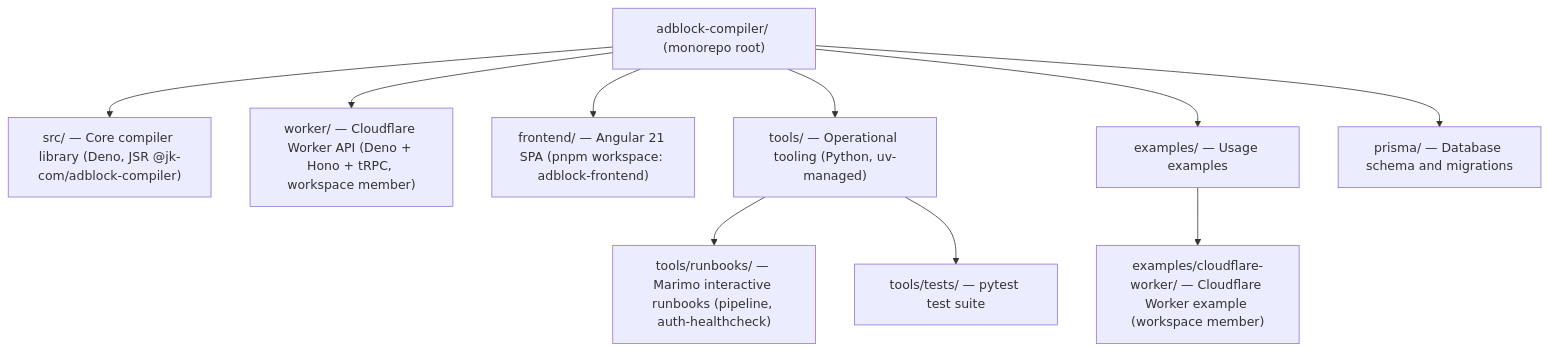
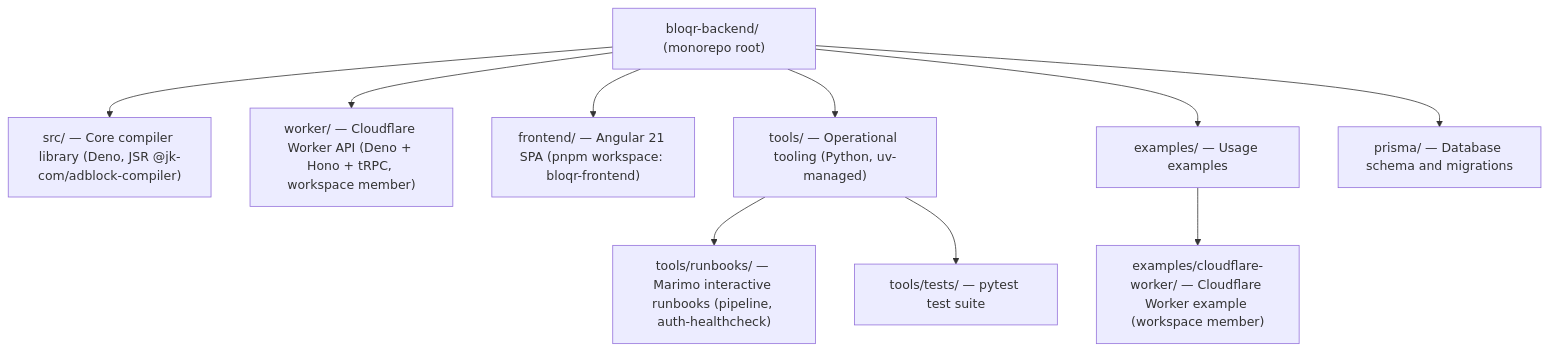
The diagram in MONOREPO.md (jaypatrick/adblock-compiler), drawn with Mermaid before and after one commit. The commit also changed other lines of this file and 252 other files, not shown here.

First line of the commit message:
chore: rename Cloudflare Worker names from adblock- to bloqr- (bloqr-compiler → bloqr-backend) (#1762)

````diff
--- a/MONOREPO.md
+++ b/MONOREPO.md
@@ -7,13 +7,13 @@
 ```mermaid
 graph TD
-    root["adblock-compiler/ (monorepo root)"]
+    root["bloqr-backend/ (monorepo root)"]
     root --> src["src/ — Core compiler library (Deno, JSR @jk-com/adblock-compiler)"]
     root --> worker["worker/ — Cloudflare Worker API (Deno + Hono + tRPC, workspace member)"]
-    root --> frontend["frontend/ — Angular 21 SPA (pnpm workspace: adblock-frontend)"]
+    root --> frontend["frontend/ — Angular 21 SPA (pnpm workspace: bloqr-frontend)"]
     root --> tools["tools/ — Operational tooling (Python, uv-managed)"]
     tools --> runbooks["tools/runbooks/ — Marimo interactive runbooks (pipeline, auth-healthcheck)"]
     tools --> tests["tools/tests/ — pytest test suite"]
     root --> examples["examples/ — Usage examples"]
     examples --> cfworker["examples/cloudflare-worker/ — Cloudflare Worker example (workspace member)"]
     root --> prisma["prisma/ — Database schema and migrations"]
 ```
````
